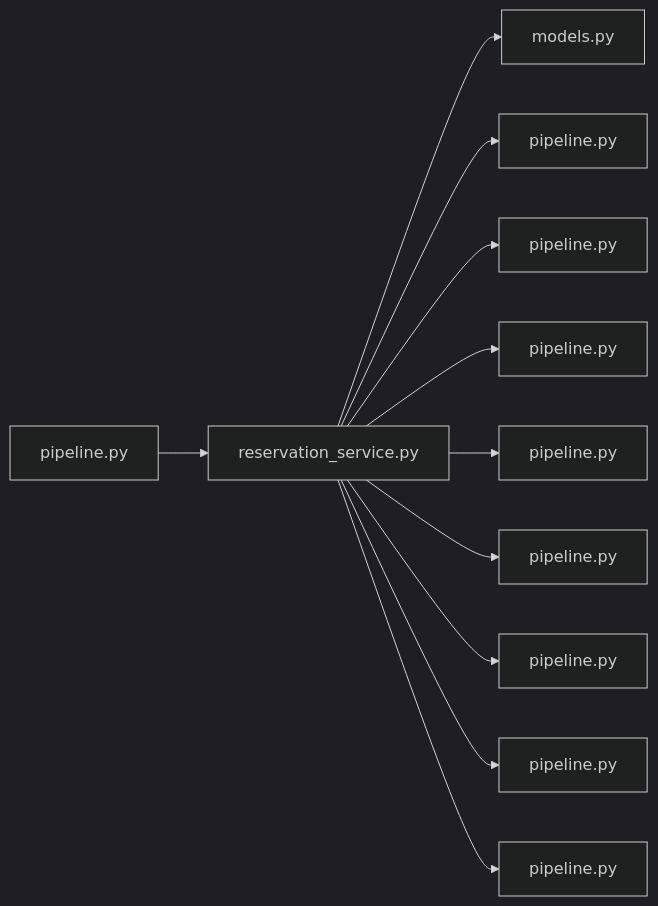
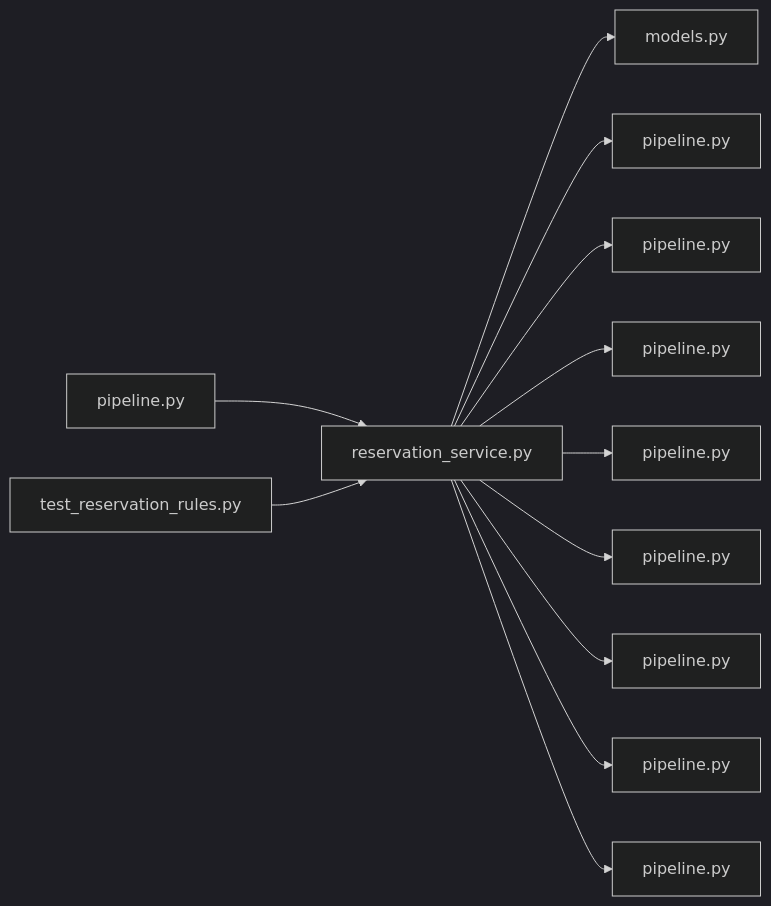
One commit to minkong-dev/Banblit changed the diagram in .cluedoc/graph/backend/src/backend/services/reservation/reservation_service.md. Above: the diagram before and after it, drawn with Mermaid (dark theme). The commit also changed other lines of this file and 33 other files, not shown here.

First line of the commit message:
backend: trim rationale from feature docstrings, fix stale comments and add service rule tests

````diff
--- a/.cluedoc/graph/backend/src/backend/services/reservation/reservation_service.md
+++ b/.cluedoc/graph/backend/src/backend/services/reservation/reservation_service.md
@@ -10,14 +10,15 @@
 ```mermaid
 flowchart LR
   backend_src_backend_services_reservation_reservation_service["reservation_service.py"]
   backend_src_backend_services_reservation_reservation_service --> backend_src_backend_db_models["models.py"]
   backend_src_backend_services_reservation_reservation_service --> backend_src_backend_db_pipeline["pipeline.py"]
   backend_src_backend_services_reservation_reservation_service --> backend_src_backend_scheduling_pipeline["pipeline.py"]
   backend_src_backend_services_reservation_reservation_service --> backend_src_backend_services_notification_pipeline["pipeline.py"]
   backend_src_backend_services_reservation_reservation_service --> backend_src_backend_services_permission_pipeline["pipeline.py"]
   backend_src_backend_services_reservation_reservation_service --> backend_src_backend_services_room_pipeline["pipeline.py"]
   backend_src_backend_services_reservation_reservation_service --> backend_src_backend_services_roster_pipeline["pipeline.py"]
   backend_src_backend_services_reservation_reservation_service --> backend_src_backend_services_settings_pipeline["pipeline.py"]
   backend_src_backend_services_reservation_reservation_service --> backend_src_backend_services_validation_pipeline["pipeline.py"]
   backend_src_backend_services_reservation_pipeline["pipeline.py"] --> backend_src_backend_services_reservation_reservation_service
+  backend_tests_unit_test_reservation_rules["test_reservation_rules.py"] --> backend_src_backend_services_reservation_reservation_service
 ```
````
